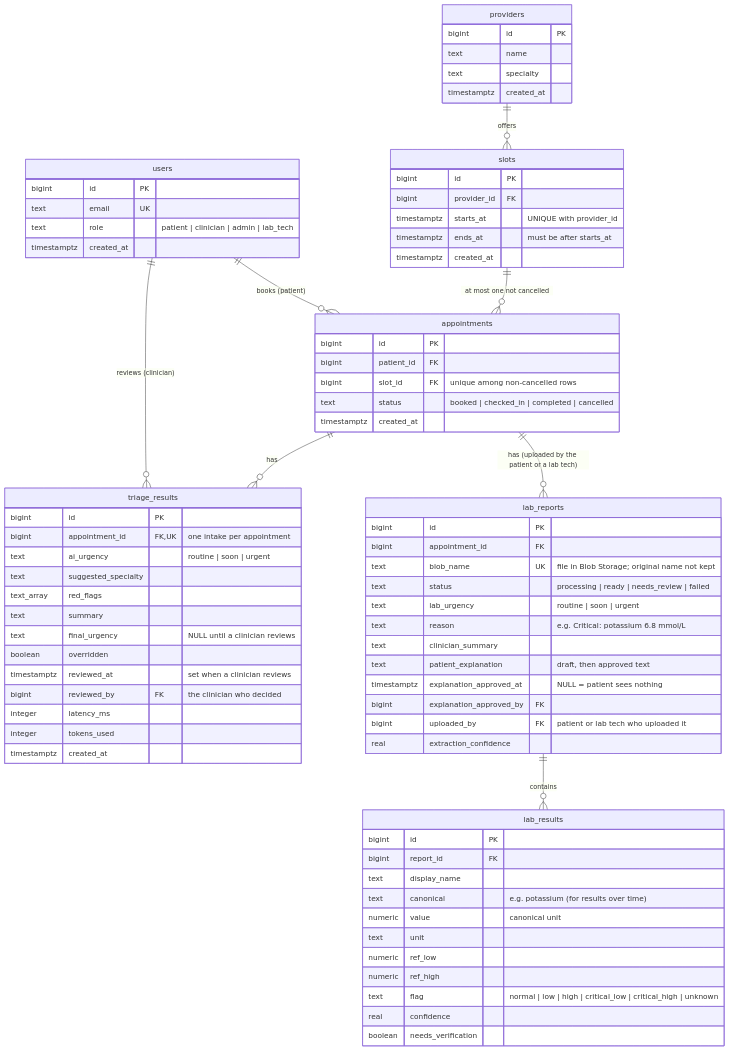
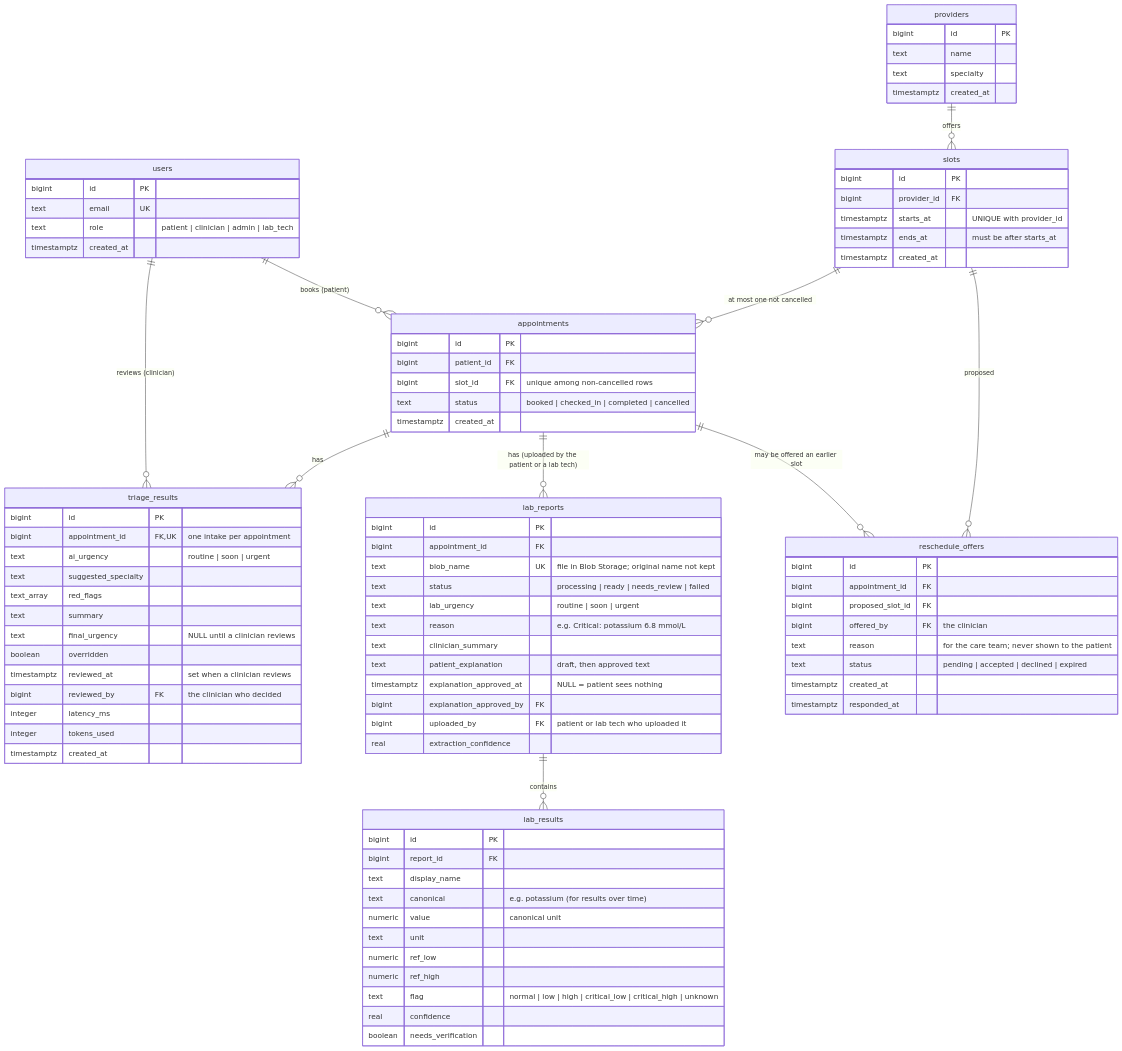
The diagram in docs/schema.md (TilokJahan/Clinic-portal), drawn with Mermaid before and after one commit. The commit also changed other lines of this file and 13 other files, not shown here.

Commit message:
Count only this schema's trigger in the migration test

```diff
--- a/docs/schema.md
+++ b/docs/schema.md
@@ -14,6 +15,8 @@
     slots ||--o{ appointments : "at most one not cancelled"
     appointments ||--o{ triage_results : has
     appointments ||--o{ lab_reports : "has (uploaded by the patient or a lab tech)"
+    appointments ||--o{ reschedule_offers : "may be offered an earlier slot"
+    slots ||--o{ reschedule_offers : "proposed"
     lab_reports ||--o{ lab_results : contains
 
     users {
@@ -57,6 +60,16 @@
         integer tokens_used
         timestamptz created_at
     }
+    reschedule_offers {
+        bigint id PK
+        bigint appointment_id FK
+        bigint proposed_slot_id FK
+        bigint offered_by FK "the clinician"
+        text reason "for the care team; never shown to the patient"
+        text status "pending | accepted | declined | expired"
+        timestamptz created_at
+        timestamptz responded_at
+    }
     lab_reports {
         bigint id PK
         bigint appointment_id FK
```
